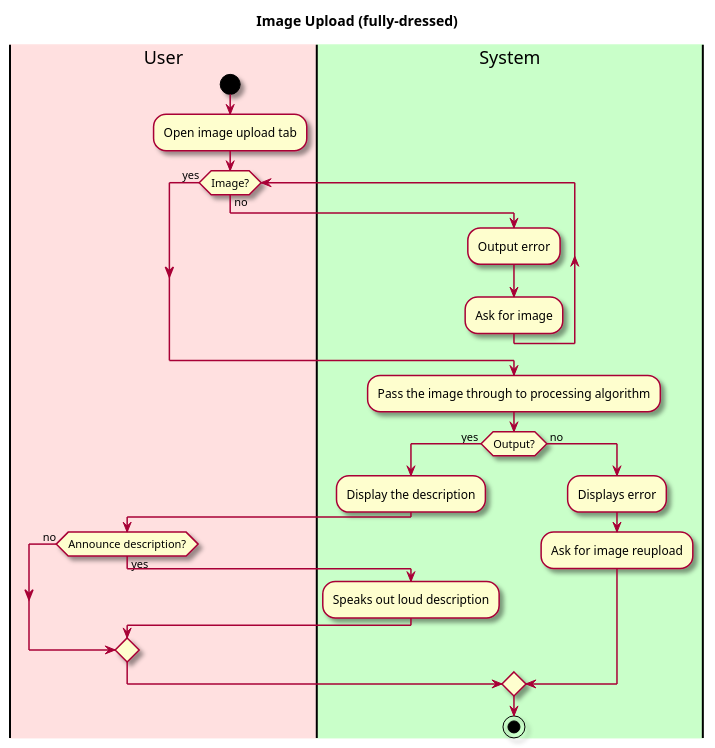
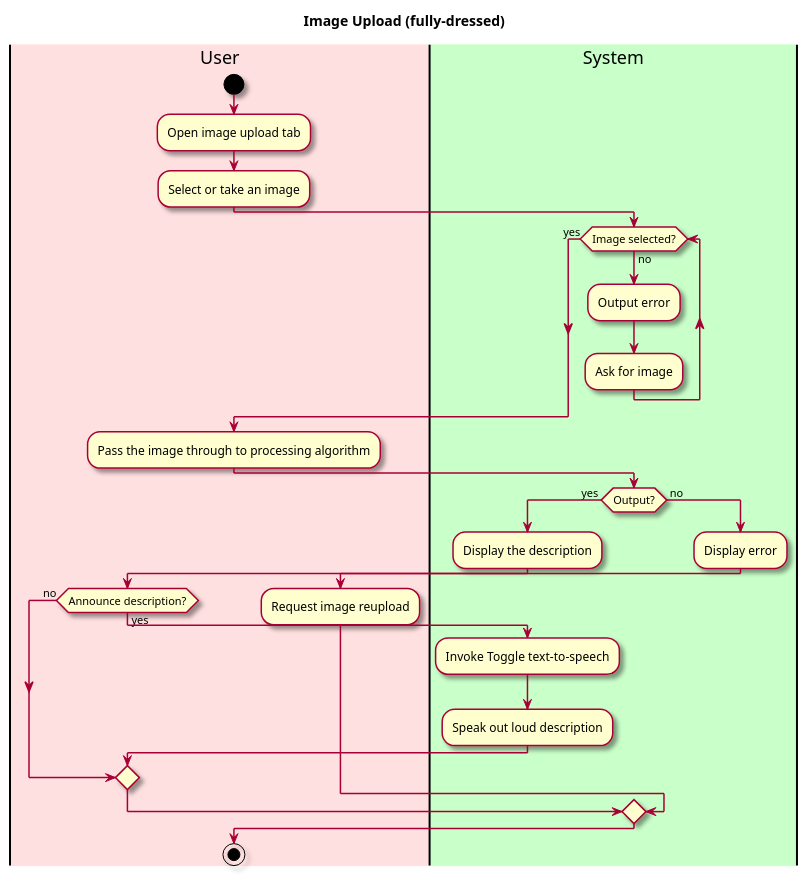
Before and after one commit to tonyh1306/OBRE-Vision-through-a-screen: the diagram in intellij/doc/use-cases/process-image.md, drawn with PlantUML. The commit also changed other lines of this file and 21 other files, not shown here.

````diff
--- a/intellij/doc/use-cases/process-image.md
+++ b/intellij/doc/use-cases/process-image.md
@@ -29,38 +29,45 @@
 ```plantuml
 @startuml
 
 skin rose
 
 title Image Upload (fully-dressed)
 
 'define the lanes
 |#implementation|User|
 |#technology|System|
 
 |User|
 start
 :Open image upload tab;
+:Select or take an image;
 
-while (Image?) is (no) 
 |System|
+while (Image selected?) is (no) 
   :Output error;
   :Ask for image;  
 endwhile(yes)
 
+|User|
 :Pass the image through to processing algorithm;
+
+|System|
 if (Output?) is ( yes ) then
     :Display the description;
     
     |User|
     if (Announce description?) is (yes) then
     |System|
-    :Speaks out loud description;
+    :Invoke Toggle text-to-speech;
+    :Speak out loud description;
     else (no)
     endif
 else ( no )
-:Displays error;
-:Ask for image reupload;
+|System|
+:Display error;
+|User|
+:Request image reupload;
 endif
 stop
 @enduml
 ```
````
